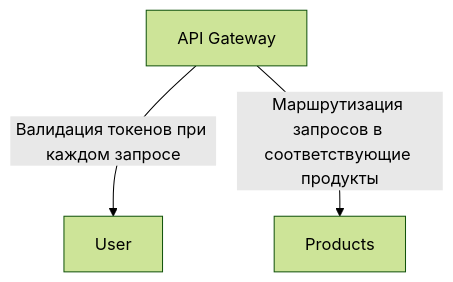
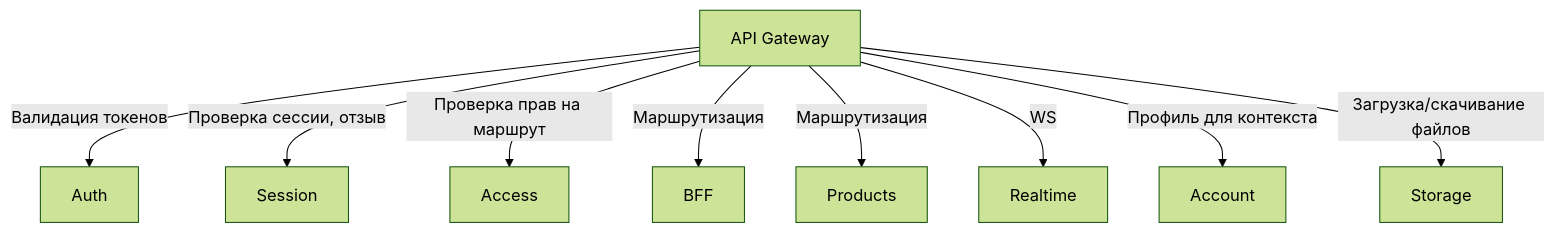
Before and after one commit to HotCucumber1/account: the second of 13 diagrams in task1/schema.md, drawn with Mermaid (forest theme). The commit also changed other lines of this file and 1 other file, not shown here.

Commit message:
[schema] Вторая версия схемы

````diff
--- a/task1/schema.md
+++ b/task1/schema.md
@@ -100,8 +252,21 @@
 ```mermaid
 flowchart TB
-    A[API Gateway]
-    U[User]
+    G[API Gateway]
+    A[Account]
+    U[Auth]
+    S[Session]
+    Z[Access]
+    B[BFF]
+    R[Realtime]
     P[Products]
-    A -->|Валидация токенов при каждом запросе| U
-    A -->|Маршрутизация запросов в соответствующие продукты| P
+    T[Storage]
+
+    G -->|Валидация токенов| U
+    G -->|Проверка сессии, отзыв| S
+    G -->|Проверка прав на маршрут| Z
+    G -->|Маршрутизация | B
+    G -->|Маршрутизация | P
+    G -->|WS | R
+    G -->|Профиль для контекста| A
+    G -->|Загрузка/скачивание файлов| T
 ```
````
